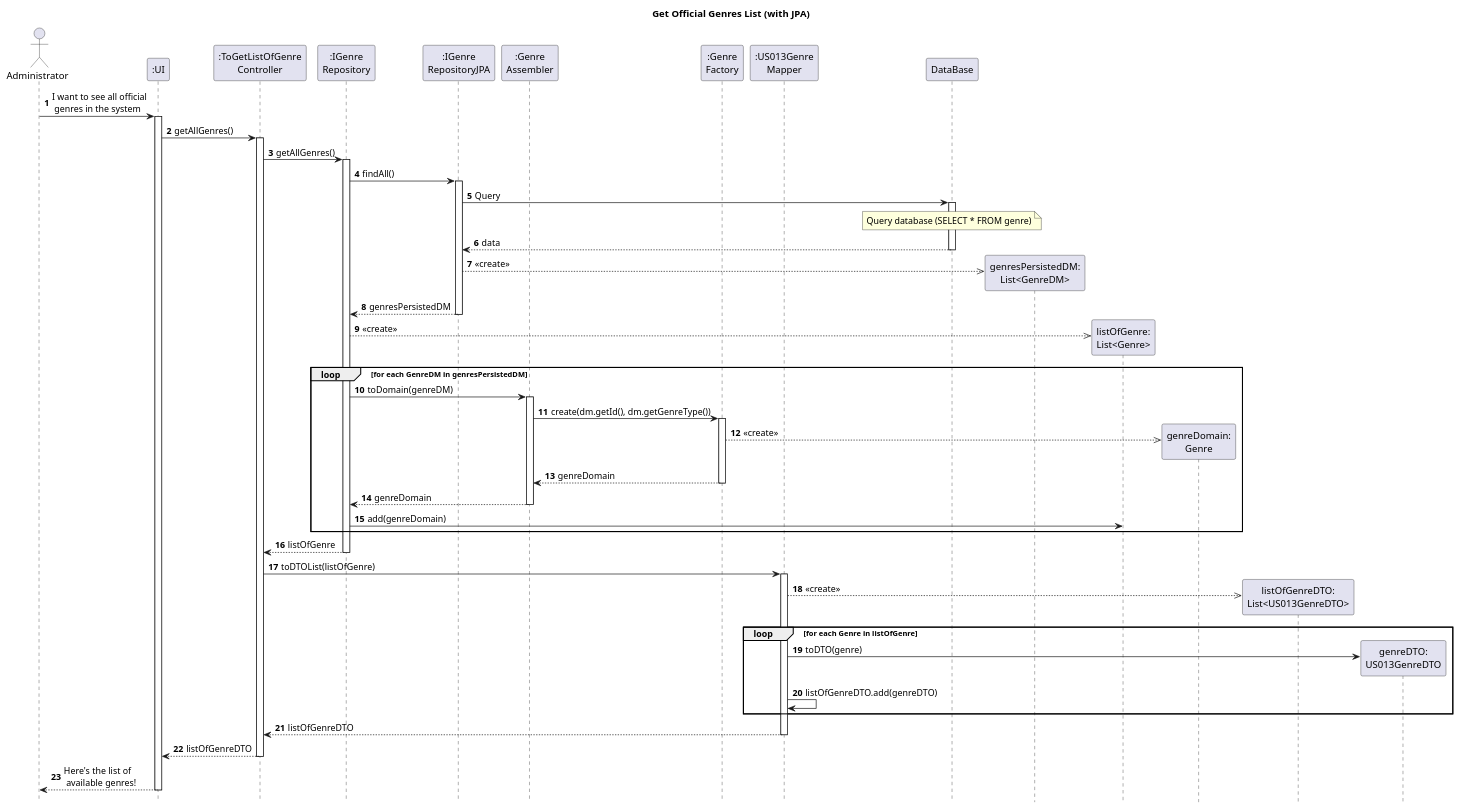
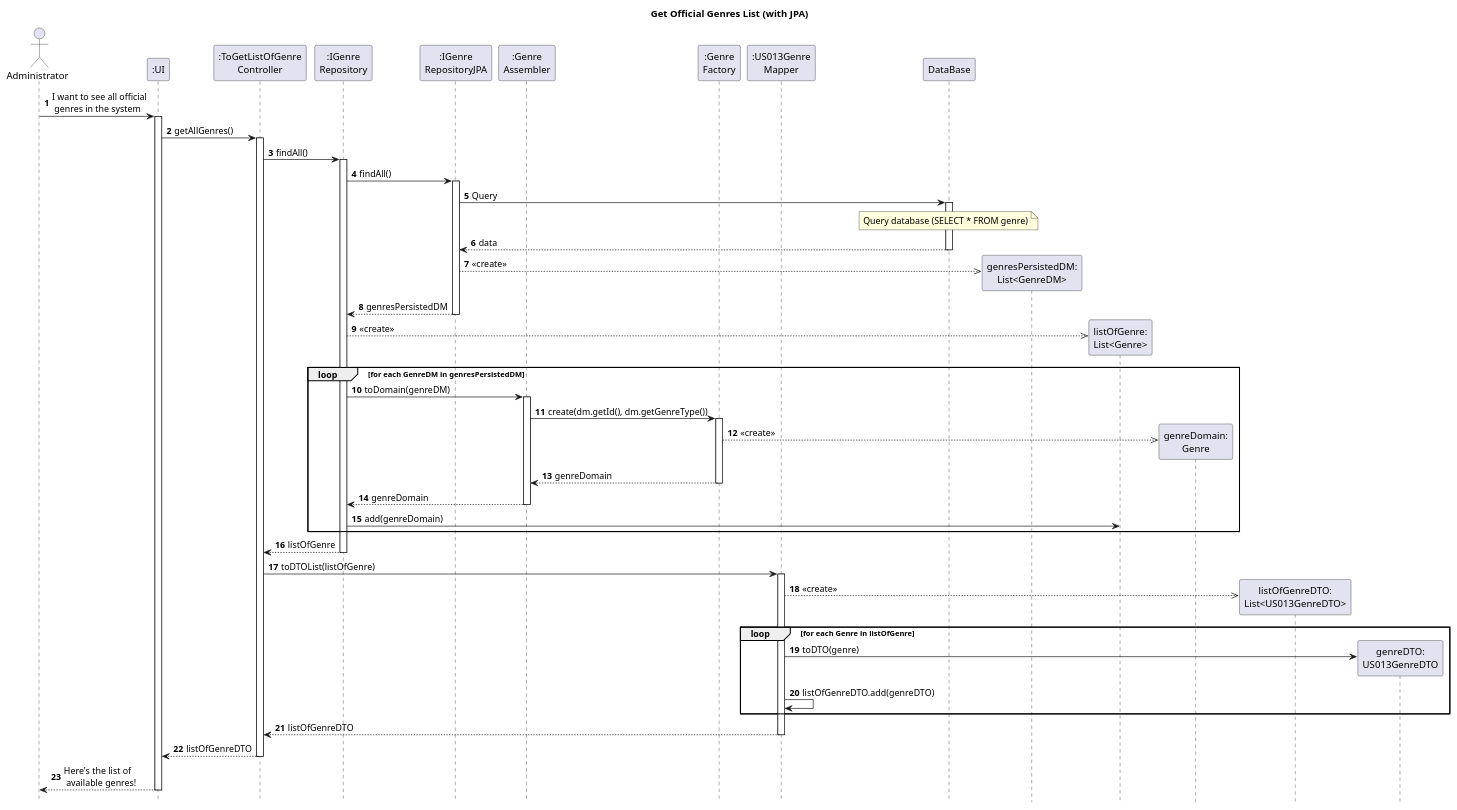
One commit to AndrePereiraGitH/SWitCH-Project-Team_A changed the diagram in Diagrams/SequenceDiagrams/N2/To-get-official-genres-list.puml. Above: the diagram before and after it, drawn with PlantUML.

Commit message:
Docs(#692): fix method name in SD

```diff
--- a/Diagrams/SequenceDiagrams/N2/To-get-official-genres-list.puml
+++ b/Diagrams/SequenceDiagrams/N2/To-get-official-genres-list.puml
@@ -1,92 +1,92 @@
 @startuml
 autonumber
 hide footbox
 title Get Official Genres List (with JPA)
 
 actor Administrator as User
 
 participant ":UI" as UI
 participant ":ToGetListOfGenre\nController" as C
 participant ":IGenre\nRepository" as GR
 participant ":IGenre\nRepositoryJPA" as GRJPA
 participant ":Genre\nAssembler" as Assembler
 participant ":Genre\nFactory" as Factory
 participant ":US013Genre\nMapper" as MAPPER
 participant "DataBase" as EM
 
 User -> UI : I want to see all official\n genres in the system
 activate UI
 
 UI -> C : getAllGenres()
 activate C
 
-C -> GR : getAllGenres()
+C -> GR : findAll()
 activate GR
 
 GR -> GRJPA : findAll()
 activate GRJPA
 
 GRJPA -> EM : Query
 activate EM
 
 note over EM
 Query database (SELECT * FROM genre)
 end note
 
 EM --> GRJPA : data
 deactivate EM
 
 create "genresPersistedDM:\nList<GenreDM>" as genresPersisted
 GRJPA -->> genresPersisted : <<create>>
 
 GRJPA --> GR : genresPersistedDM
 deactivate GRJPA
 
 create "listOfGenre:\nList<Genre>" as listDomain
 GR -->> listDomain : <<create>>
 
 loop for each GenreDM in genresPersistedDM
     GR -> Assembler : toDomain(genreDM)
     activate Assembler
 
     Assembler -> Factory : create(dm.getId(), dm.getGenreType())
     activate Factory
 
     create "genreDomain:\nGenre" as genreDomain
     Factory -->> genreDomain : <<create>>
 
     Factory --> Assembler : genreDomain
     deactivate Factory
 
     Assembler --> GR : genreDomain
     deactivate Assembler
 
     GR -> listDomain : add(genreDomain)
 end
 
 GR --> C : listOfGenre
 deactivate GR
 
 C -> MAPPER : toDTOList(listOfGenre)
 activate MAPPER
 
 create "listOfGenreDTO:\nList<US013GenreDTO>" as listDTO
 MAPPER -->> listDTO : <<create>>
 
 loop for each Genre in listOfGenre
     create "genreDTO:\nUS013GenreDTO" as genreDTO
     MAPPER -> genreDTO : toDTO(genre)
 
     MAPPER -> MAPPER : listOfGenreDTO.add(genreDTO)
 end
 
 MAPPER --> C : listOfGenreDTO
 deactivate MAPPER
 
 C --> UI : listOfGenreDTO
 deactivate C
 
 UI --> User : Here's the list of\n available genres!
 deactivate UI
 
 @enduml
```
